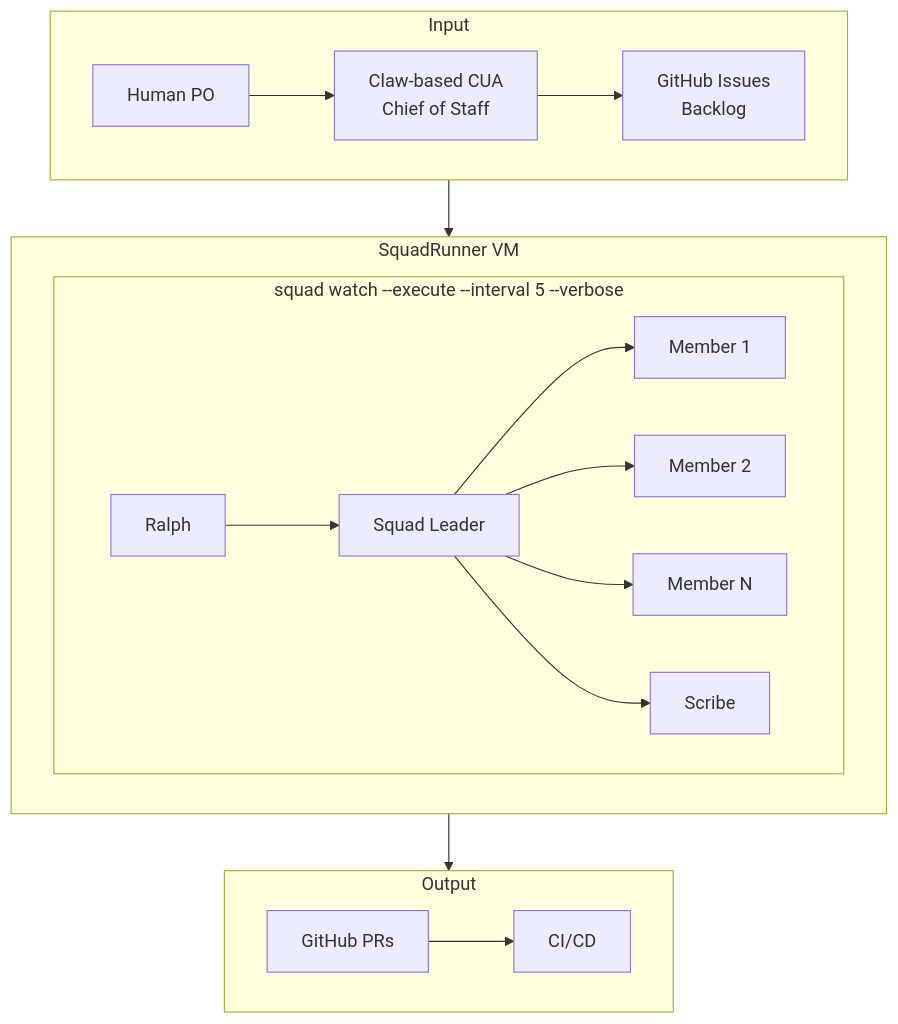
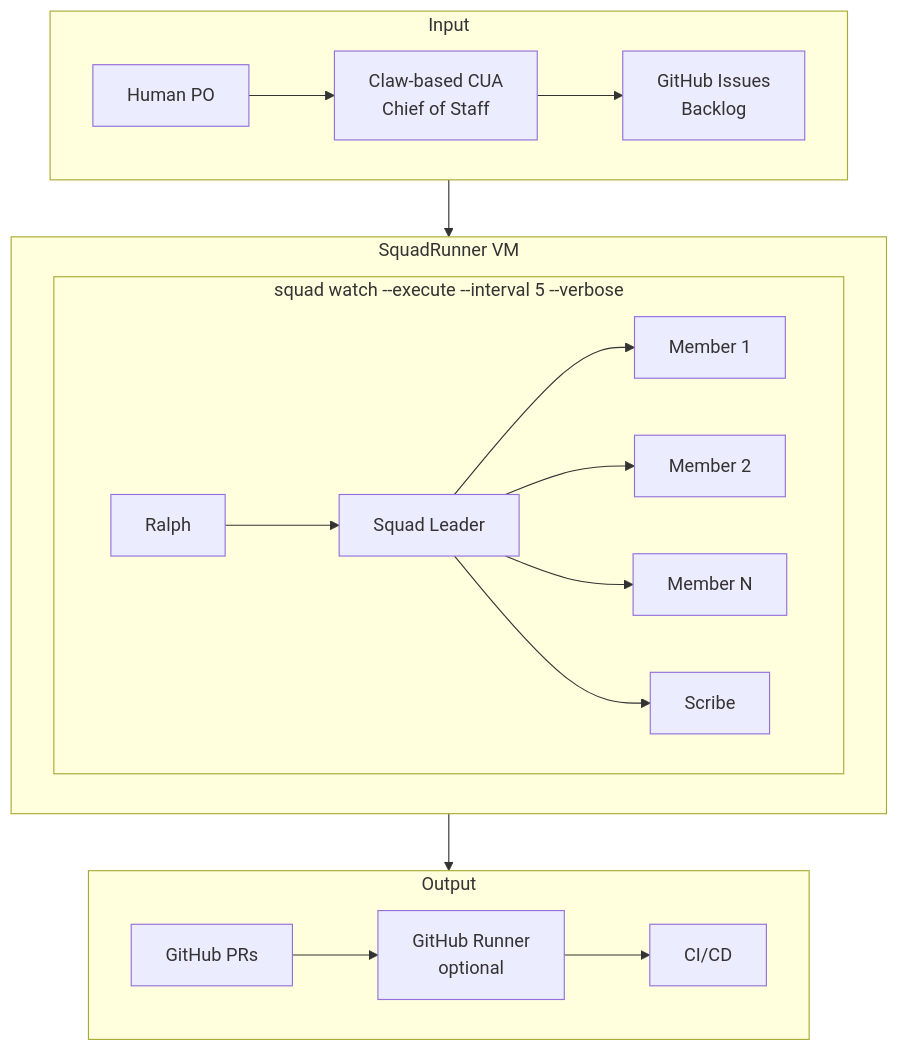
Before and after one commit to TheeUnderdog/SquadRunner: the diagram in README.md, drawn with Mermaid.

Commit message:
Add GitHub Runner (optional) to output flow

````diff
--- a/README.md
+++ b/README.md
@@ -19,26 +19,26 @@
 ```mermaid
 flowchart TD
     subgraph Input
         direction LR
         H[Human PO] --> CUA[Claw-based CUA<br/>Chief of Staff] --> GH[GitHub Issues<br/>Backlog]
     end
     
     Input --> VM
     
     subgraph VM[SquadRunner VM]
         subgraph SW[squad watch --execute --interval 5 --verbose]
             direction LR
             R[Ralph] --> SL[Squad Leader]
             SL --> M1[Member 1]
             SL --> M2[Member 2]
             SL --> MN[Member N]
             SL --> SC[Scribe]
         end
     end
     
     VM --> Output
     
     subgraph Output
-        PR[GitHub PRs] --> CI[CI/CD]
+        PR[GitHub PRs] --> GHR[GitHub Runner<br/>optional] --> CI[CI/CD]
     end
 ```
````
